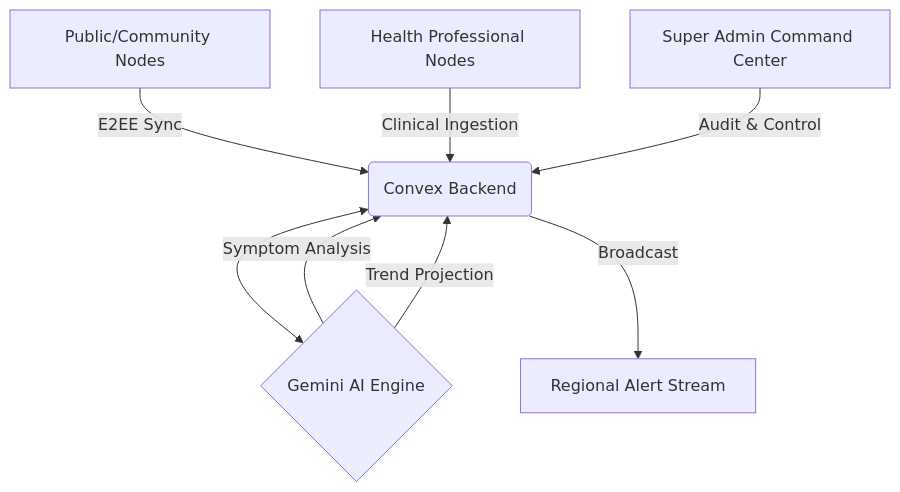
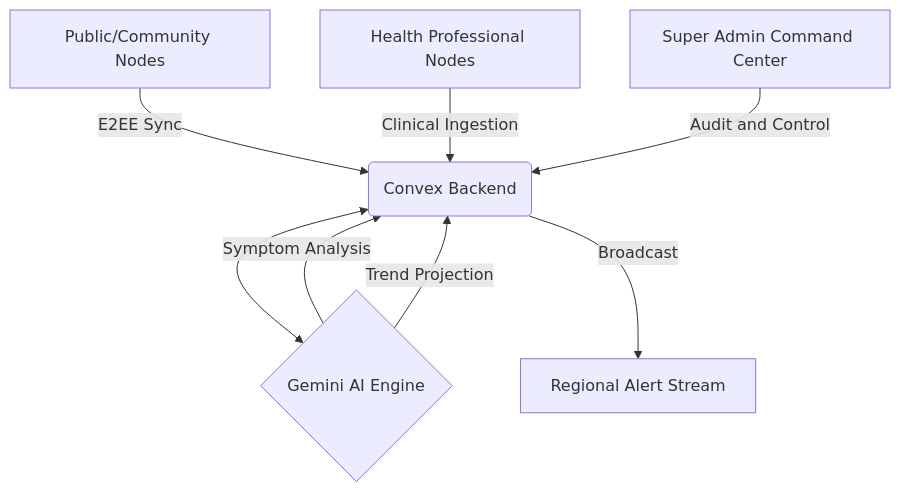
One commit to ArrinPaul/HealthNex changed the first of 9 diagrams in README.md. Above: the diagram before and after it, drawn with Mermaid. The commit also changed other lines of this file, not shown here.

````diff
--- a/README.md
+++ b/README.md
@@ -24,10 +24,10 @@
 ```mermaid
 graph TD
     A[Public/Community Nodes] -->|E2EE Sync| B(Convex Backend)
     C[Health Professional Nodes] -->|Clinical Ingestion| B
-    D[Super Admin Command Center] -->|Audit & Control| B
+    D[Super Admin Command Center] -->|Audit and Control| B
     B <--> E{Gemini AI Engine}
     E -->|Symptom Analysis| B
     E -->|Trend Projection| B
     B -->|Broadcast| F[Regional Alert Stream]
 ```
````
